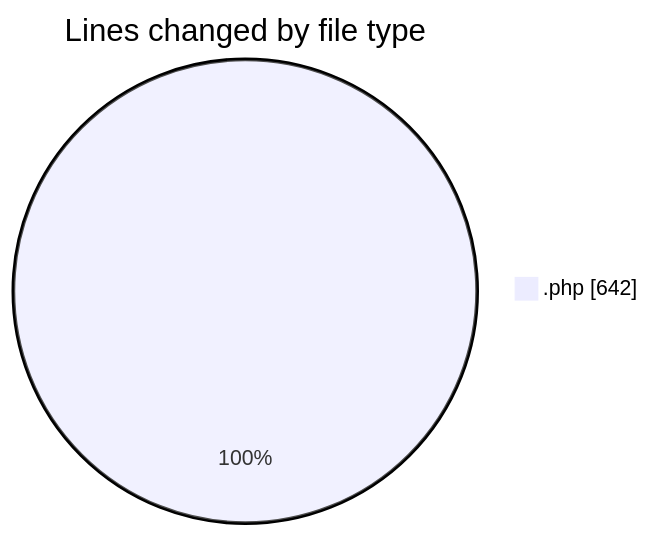
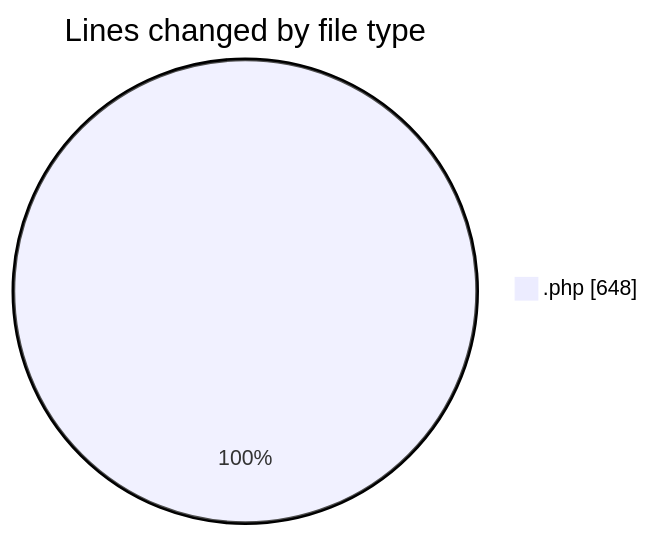
One commit to LanceThiago/code-tracking changed the first of 2 diagrams in 2025-10-03/totem2/README.md. Above: the diagram before and after it, drawn with Mermaid. The commit also changed other lines of this file and 1 other file, not shown here.

````diff
--- a/2025-10-03/totem2/README.md
+++ b/2025-10-03/totem2/README.md
@@ -21,5 +21,5 @@
 ```mermaid
 pie showData
 title Lines changed by file type
-".php" : 642
+".php" : 648
 ```
````
